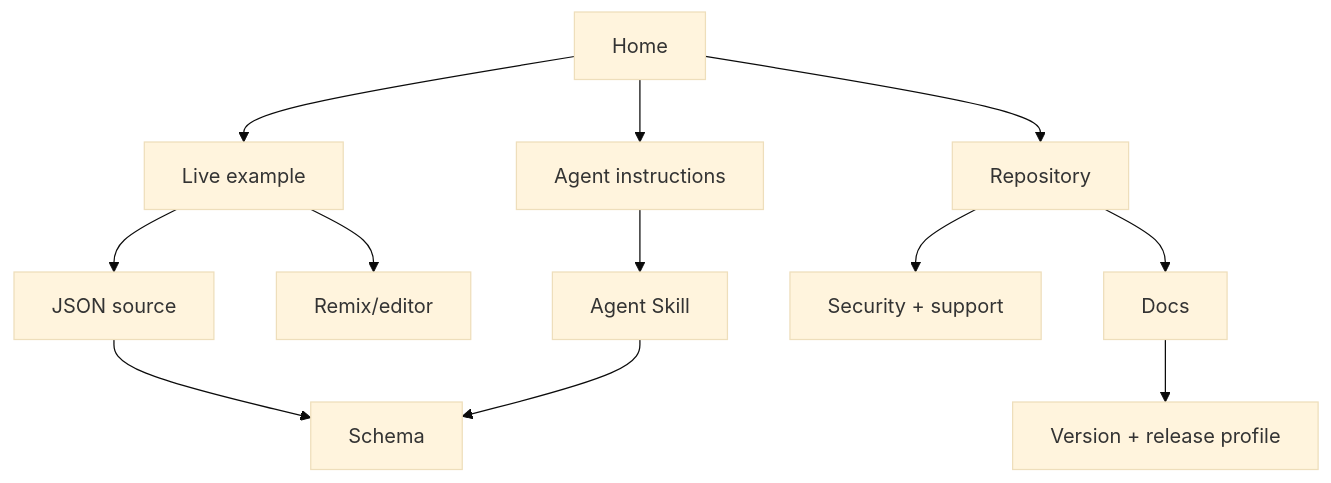
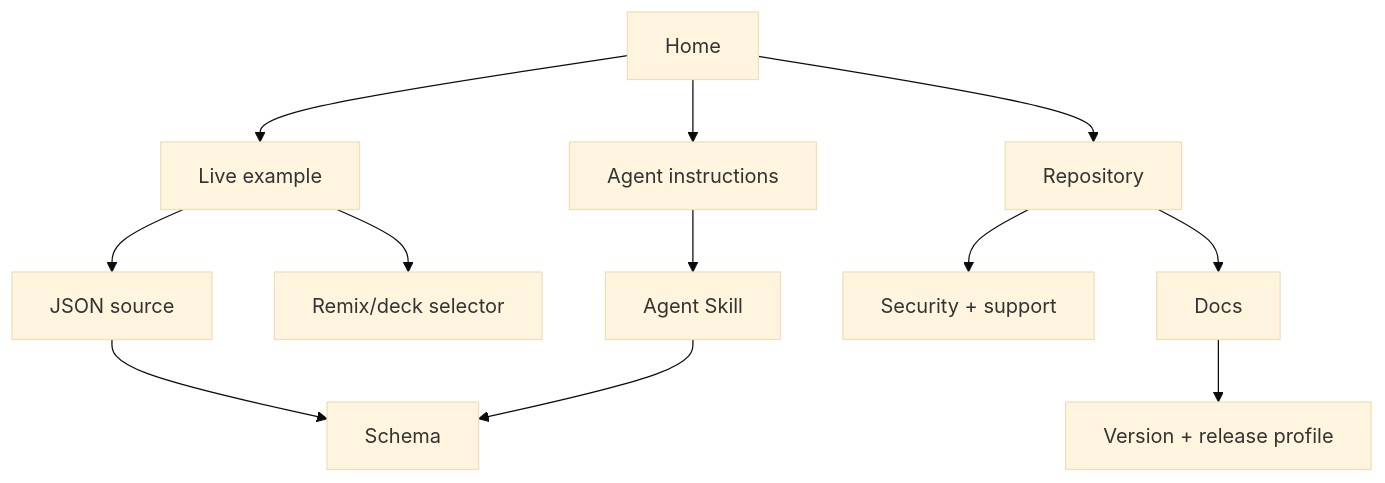
The diagram in docs/PUBLIC_SURFACES.md (kvnloo/prezograph), drawn with Mermaid (base theme) before and after one commit. The commit also changed other lines of this file and 28 other files, not shown here.

Commit message:
Mobile-safe deck selection and reviewed GraphCon adaptation (#7)

````diff
--- a/docs/PUBLIC_SURFACES.md
+++ b/docs/PUBLIC_SURFACES.md
@@ -46,14 +46,14 @@
 ```mermaid
 flowchart TD
   H["Home"] --> L["Live example"]
   H --> R["Repository"]
   H --> A["Agent instructions"]
   L --> S["JSON source"]
-  L --> M["Remix/editor"]
+  L --> M["Remix/deck selector"]
   S --> C["Schema"]
   R --> D["Docs"]
   R --> Q["Security + support"]
   A --> K["Agent Skill"]
   K --> C
   D --> V["Version + release profile"]
 ```
````
